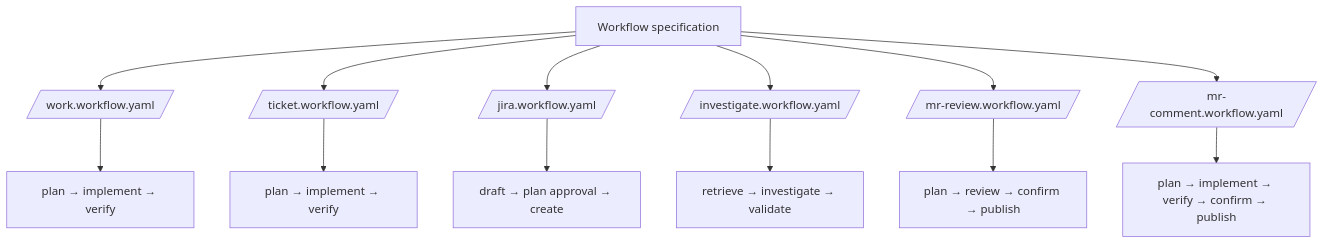
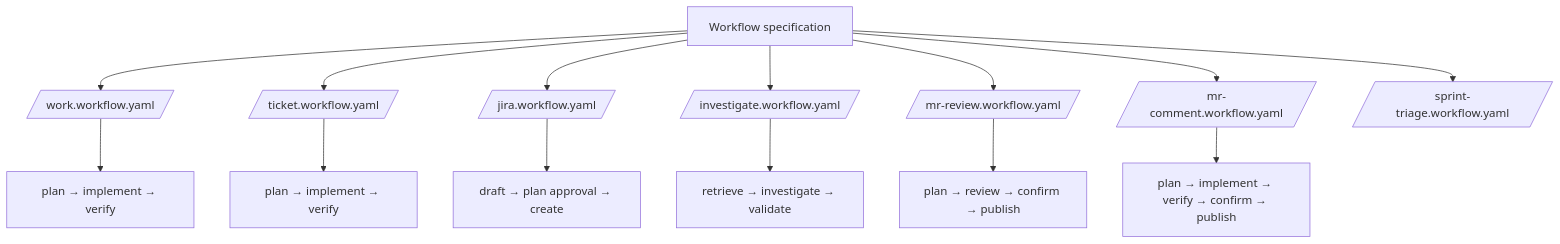
One commit to wichayutdew/dotfiles changed the first of 2 diagrams in .pi/README.md. Above: the diagram before and after it, drawn with Mermaid. The commit also changed other lines of this file and 11 other files, not shown here.

Commit message:
feat: add sprint triage workflow

````diff
--- a/.pi/README.md
+++ b/.pi/README.md
@@ -6,16 +6,17 @@
 ```mermaid
 flowchart TD
     S[Workflow specification] --> W[/work.workflow.yaml/]
     S --> T[/ticket.workflow.yaml/]
     S --> J[/jira.workflow.yaml/]
     S --> I[/investigate.workflow.yaml/]
     S --> R[/mr-review.workflow.yaml/]
     S --> C[/mr-comment.workflow.yaml/]
+    S --> ST[/sprint-triage.workflow.yaml/]
 
     W --> WP[plan → implement → verify]
     T --> TP[plan → implement → verify]
     J --> JP[draft → plan approval → create]
     I --> IP[retrieve → investigate → validate]
     R --> RP[plan → review → confirm → publish]
     C --> CP[plan → implement → verify → confirm → publish]
 ```
````
